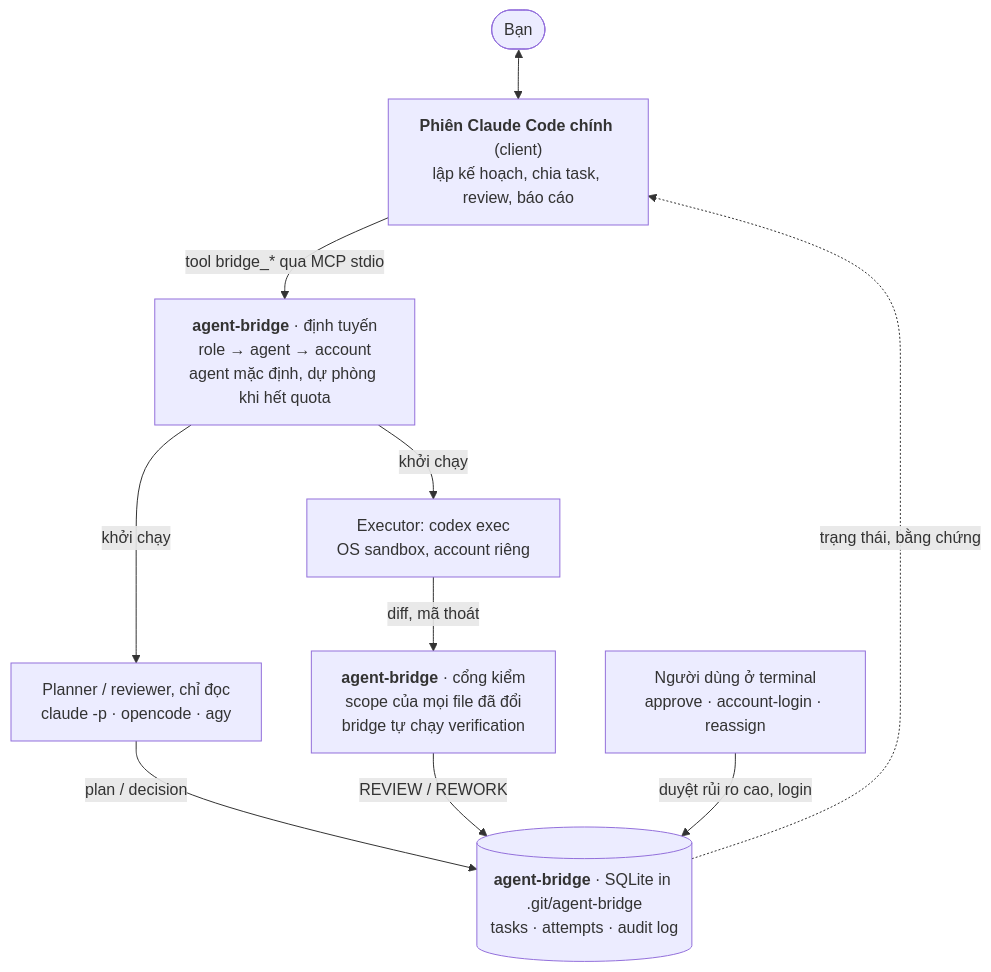
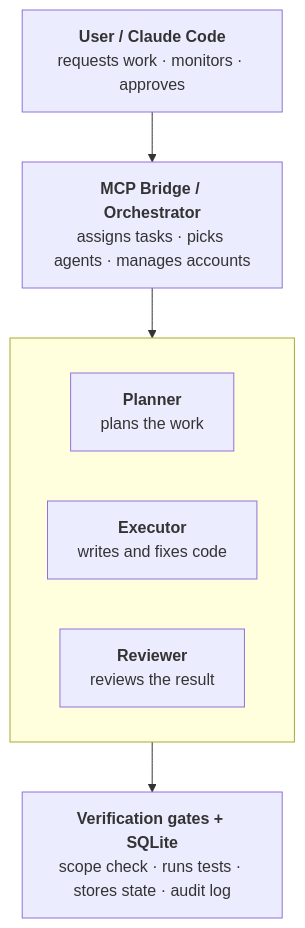
Before and after one commit to leetuanbmt/agent-orchestration-kit: the first of 2 diagrams in README.vi.md, drawn with Mermaid. The commit also changed other lines of this file and 4 other files, not shown here.

````diff
--- a/README.vi.md
+++ b/README.vi.md
@@ -48,21 +79,14 @@
 ```mermaid
 flowchart TB
-    user(["Bạn"])
-    claude["<b>Phiên Claude Code chính</b> (client)<br/>lập kế hoạch, chia task, review, báo cáo"]
-    router["<b>agent-bridge</b> · định tuyến<br/>role → agent → account<br/>agent mặc định, dự phòng khi hết quota"]
-    codex["Executor: codex exec<br/>OS sandbox, account riêng"]
-    helper["Planner / reviewer, chỉ đọc<br/>claude -p · opencode · agy"]
-    gates["<b>agent-bridge</b> · cổng kiểm<br/>scope của mọi file đã đổi<br/>bridge tự chạy verification"]
-    db[("<b>agent-bridge</b> · SQLite in .git/agent-bridge<br/>tasks · attempts · audit log")]
-    human["Người dùng ở terminal<br/>approve · account-login · reassign"]
+    user["<b>User / Claude Code</b><br/>requests work · monitors · approves"]
+    bridge["<b>MCP Bridge / Orchestrator</b><br/>assigns tasks · picks agents · manages accounts"]
+    subgraph roles [" "]
+        direction LR
+        planner["<b>Planner</b><br/>plans the work"]
+        executor["<b>Executor</b><br/>writes and fixes code"]
+        reviewer["<b>Reviewer</b><br/>reviews the result"]
+    end
+    gates["<b>Verification gates + SQLite</b><br/>scope check · runs tests · stores state · audit log"]
 
-    user <--> claude
-    claude -- "tool bridge_* qua MCP stdio" --> router
-    router -- "khởi chạy" --> codex
-    router -- "khởi chạy" --> helper
-    codex -- "diff, mã thoát" --> gates
-    helper -- "plan / decision" --> db
-    gates -- "REVIEW / REWORK" --> db
-    human -- "duyệt rủi ro cao, login" --> db
-    db -. "trạng thái, bằng chứng" .-> claude
+    user --> bridge --> roles --> gates
 ```
````
